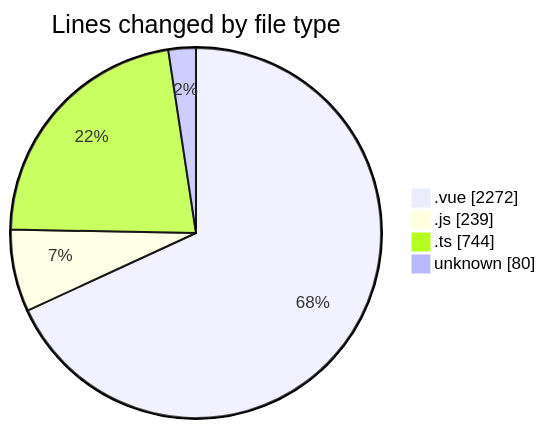
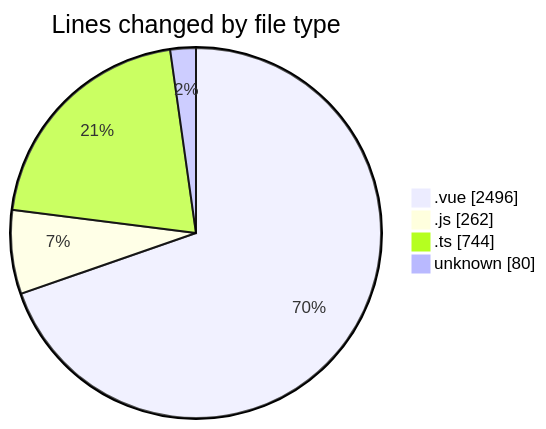
The first of 2 diagrams in 2025-08-11/rentotp/README.md (lephambinh05/code-tracking), drawn with Mermaid before and after one commit. The commit also changed other lines of this file and 1 other file, not shown here.

````diff
--- a/2025-08-11/rentotp/README.md
+++ b/2025-08-11/rentotp/README.md
@@ -36,8 +36,8 @@
 ```mermaid
 pie showData
 title Lines changed by file type
-".vue" : 2272
-".js" : 239
+".vue" : 2496
+".js" : 262
 ".ts" : 744
 "unknown" : 80
 ```
````
